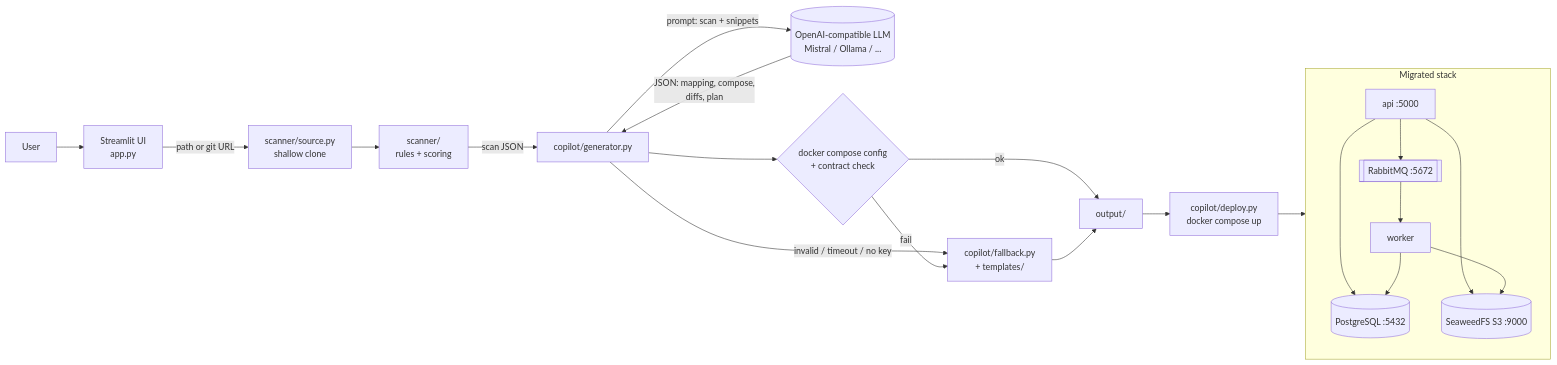
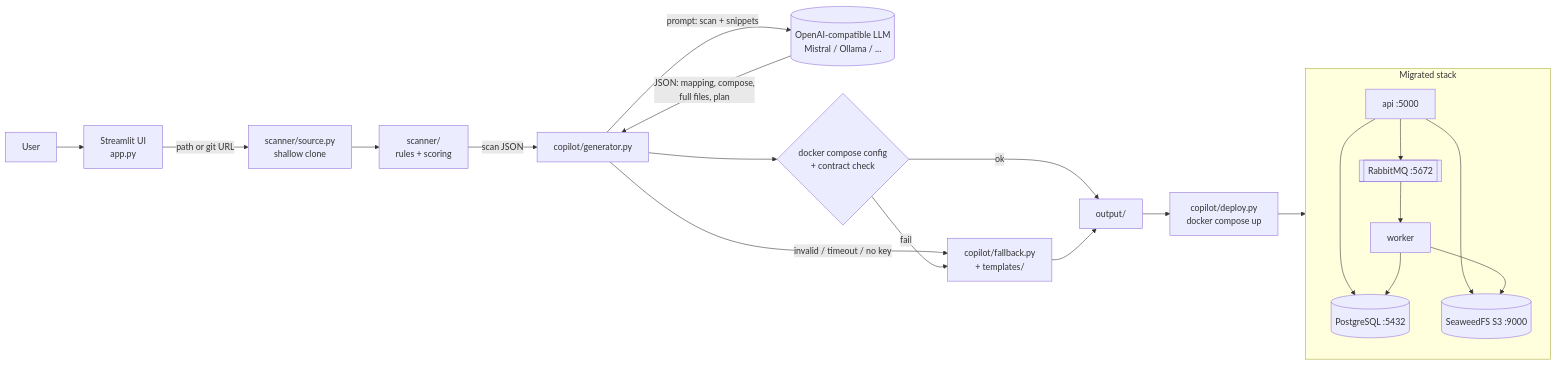
Before and after one commit to Gabrululu/Egress: the diagram in README.md, drawn with Mermaid. The commit also changed other lines of this file and 15 other files, not shown here.

````diff
--- a/README.md
+++ b/README.md
@@ -46,24 +46,24 @@
 ```mermaid
 flowchart LR
     U[User] --> UI[Streamlit UI<br/>app.py]
     UI -->|path or git URL| SRC[scanner/source.py<br/>shallow clone]
     SRC --> SC[scanner/<br/>rules + scoring]
     SC -->|scan JSON| CP[copilot/generator.py]
     CP -->|prompt: scan + snippets| LLM[(OpenAI-compatible LLM<br/>Mistral / Ollama / ...)]
-    LLM -->|JSON: mapping, compose,<br/>diffs, plan| CP
+    LLM -->|JSON: mapping, compose,<br/>full files, plan| CP
     CP -->|invalid / timeout / no key| FB[copilot/fallback.py<br/>+ templates/]
     CP --> VAL{docker compose config<br/>+ contract check}
     VAL -->|ok| OUT[output/]
     VAL -->|fail| FB
     FB --> OUT
     OUT --> DEP[copilot/deploy.py<br/>docker compose up]
     DEP --> STACK
 
     subgraph STACK[Migrated stack]
         API[api :5000] --> PG[(PostgreSQL :5432)]
         API --> S3[(SeaweedFS S3 :9000)]
         API --> MQ[[RabbitMQ :5672]]
         MQ --> W[worker] --> PG
         W --> S3
     end
 ```
````
